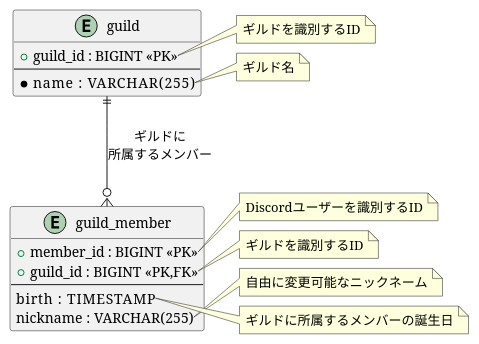
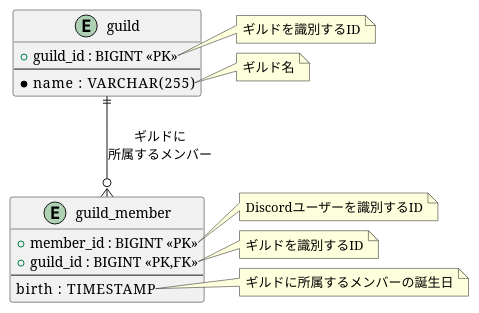
One commit to novum-d/zunda-bot-rs changed the diagram in docs/ER.puml. Above: the diagram before and after it, drawn with PlantUML. The commit also changed 3 other files, not shown here.

```diff
--- a/docs/ER.puml
+++ b/docs/ER.puml
@@ -1,40 +1,35 @@
 @startuml
 entity "guild" as guild {
   +guild_id : BIGINT <<PK>>
   --
   *name      : VARCHAR(255)
 }
 note right of guild::guild_id
 ギルドを識別するID
 end note
 
 note right of guild::name
 ギルド名
 end note
 
 entity "guild_member" as member {
   +member_id : BIGINT <<PK>>
   +guild_id  : BIGINT <<PK,FK>>
   --
   birth      : TIMESTAMP
-  nickname   : VARCHAR(255)
 }
 note right of member::member_id
 Discordユーザーを識別するID
 end note
 
 note right of member::guild_id
 ギルドを識別するID
 end note
 
-note right of member::nickname
-自由に変更可能なニックネーム
-end note
-
 note right of member::birth
 ギルドに所属するメンバーの誕生日
 end note
 
 guild ||--o{ member : "ギルドに\n所属するメンバー"
 
 @enduml
```
